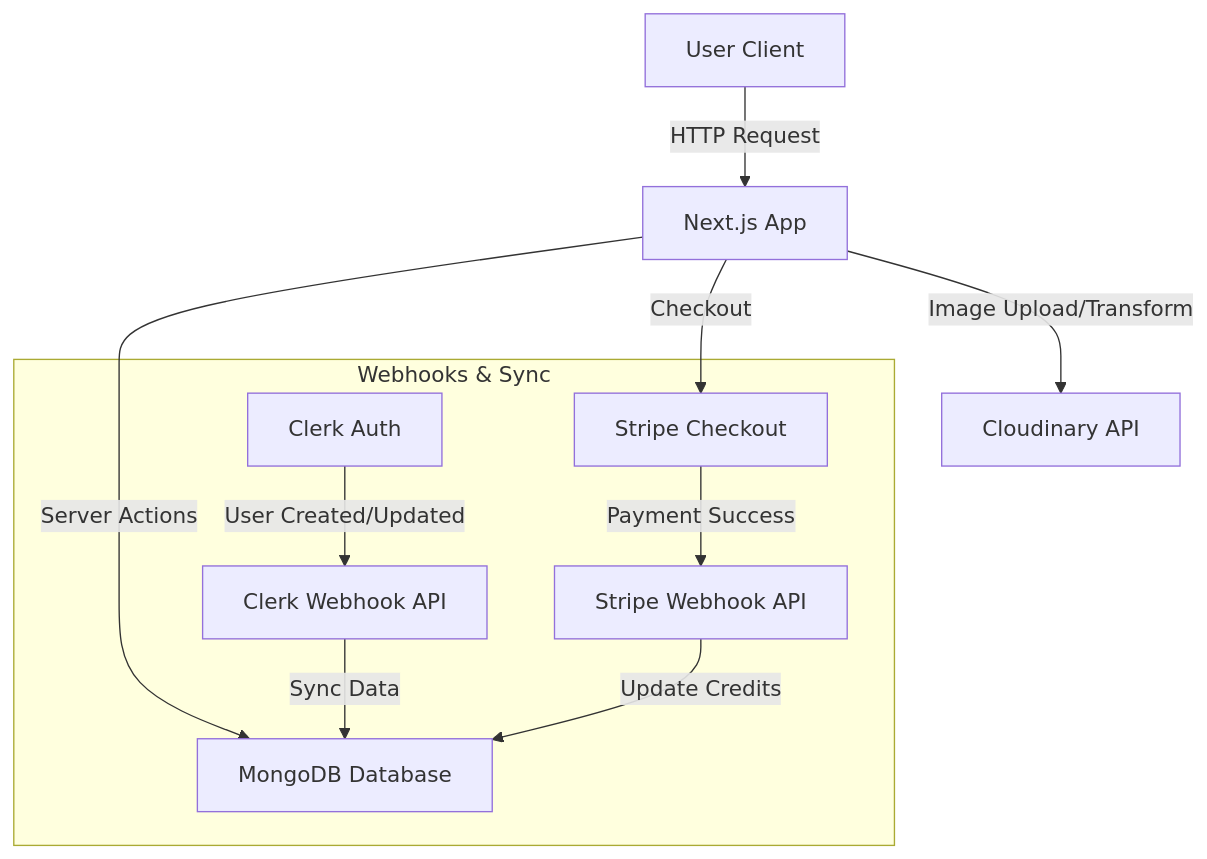
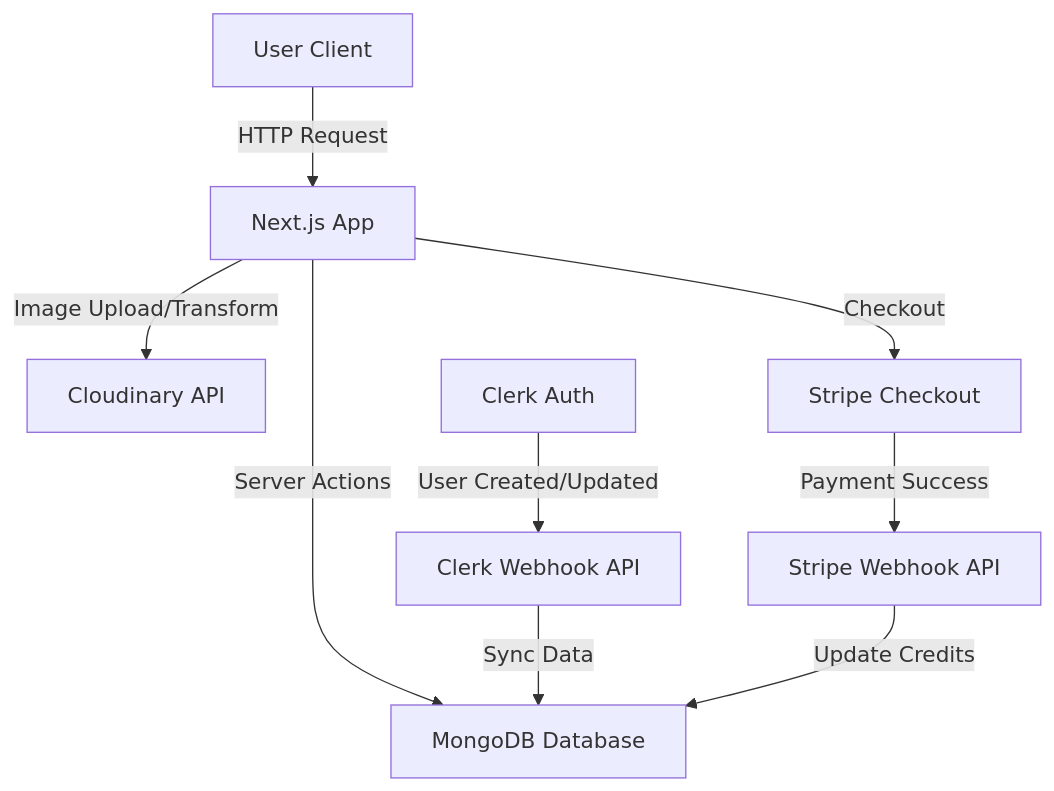
Before and after one commit to skjaiswal88/pixa: the diagram in README.md, drawn with Mermaid.

````diff
--- a/README.md
+++ b/README.md
@@ -45,14 +45,12 @@
 ```mermaid
 graph TD
     User[User Client] -->|HTTP Request| NextApp[Next.js App]
     NextApp -->|Server Actions| Mongo[MongoDB Database]
     NextApp -->|Image Upload/Transform| Cloudinary[Cloudinary API]
     NextApp -->|Checkout| Stripe[Stripe Checkout]
     
-    subgraph "Webhooks & Sync"
-        Clerk[Clerk Auth] -->|User Created/Updated| Hook1[Clerk Webhook API]
-        Stripe -->|Payment Success| Hook2[Stripe Webhook API]
-        Hook1 -->|Sync Data| Mongo
-        Hook2 -->|Update Credits| Mongo
-    end
+    Clerk[Clerk Auth] -->|User Created/Updated| Hook1[Clerk Webhook API]
+    Stripe -->|Payment Success| Hook2[Stripe Webhook API]
+    Hook1 -->|Sync Data| Mongo
+    Hook2 -->|Update Credits| Mongo
 ```
````
